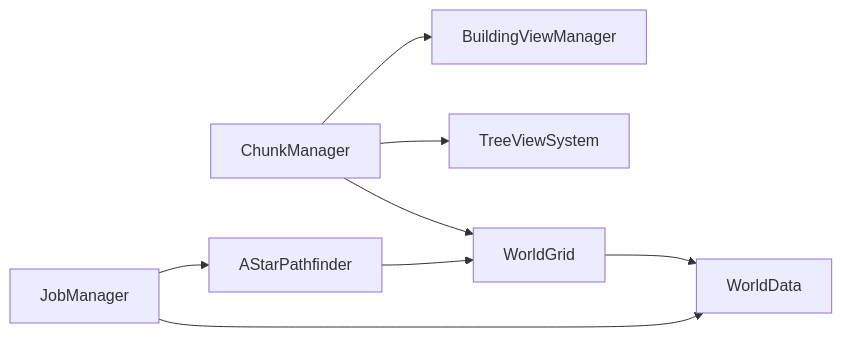
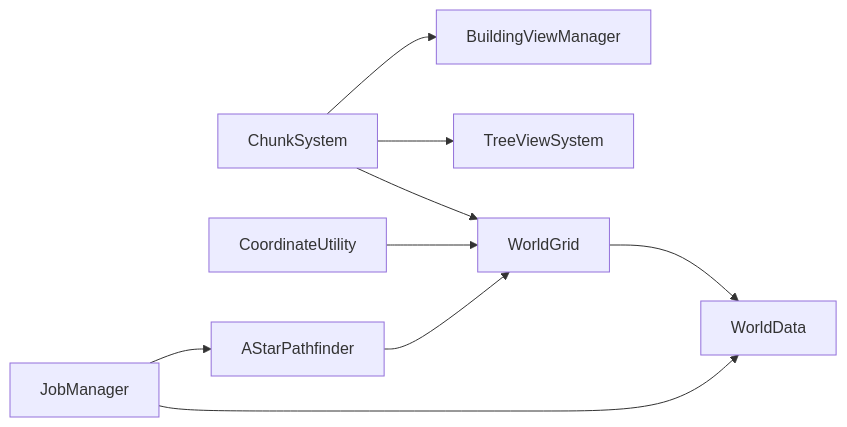
The tenth of 10 diagrams in .qoder/repowiki/zh/content/核心系统/世界网格系统.md (MOYVSH/SimulationClient), drawn with Mermaid before and after one commit. The commit also changed other lines of this file and 3095 other files, not shown here.

````diff
--- a/.qoder/repowiki/zh/content/核心系统/世界网格系统.md
+++ b/.qoder/repowiki/zh/content/核心系统/世界网格系统.md
@@ -372,10 +445,11 @@
 ```mermaid
 graph LR
 WG["WorldGrid"] --> WD["WorldData"]
-CM["ChunkManager"] --> WG
-CM --> TV["TreeViewSystem"]
-CM --> BV["BuildingViewManager"]
+CS["ChunkSystem"] --> WG
+CS --> TV["TreeViewSystem"]
+CS --> BV["BuildingViewManager"]
+CU["CoordinateUtility"] --> WG
 AST["AStarPathfinder"] --> WG
 JOB["JobManager"] --> WD
 JOB --> AST
 ```
````
